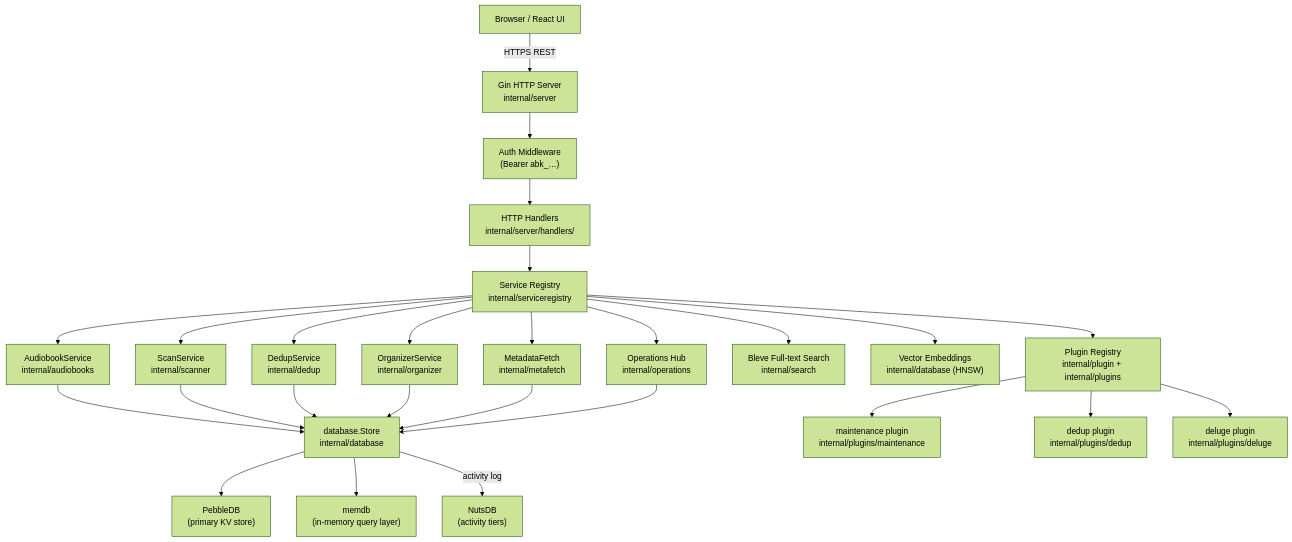
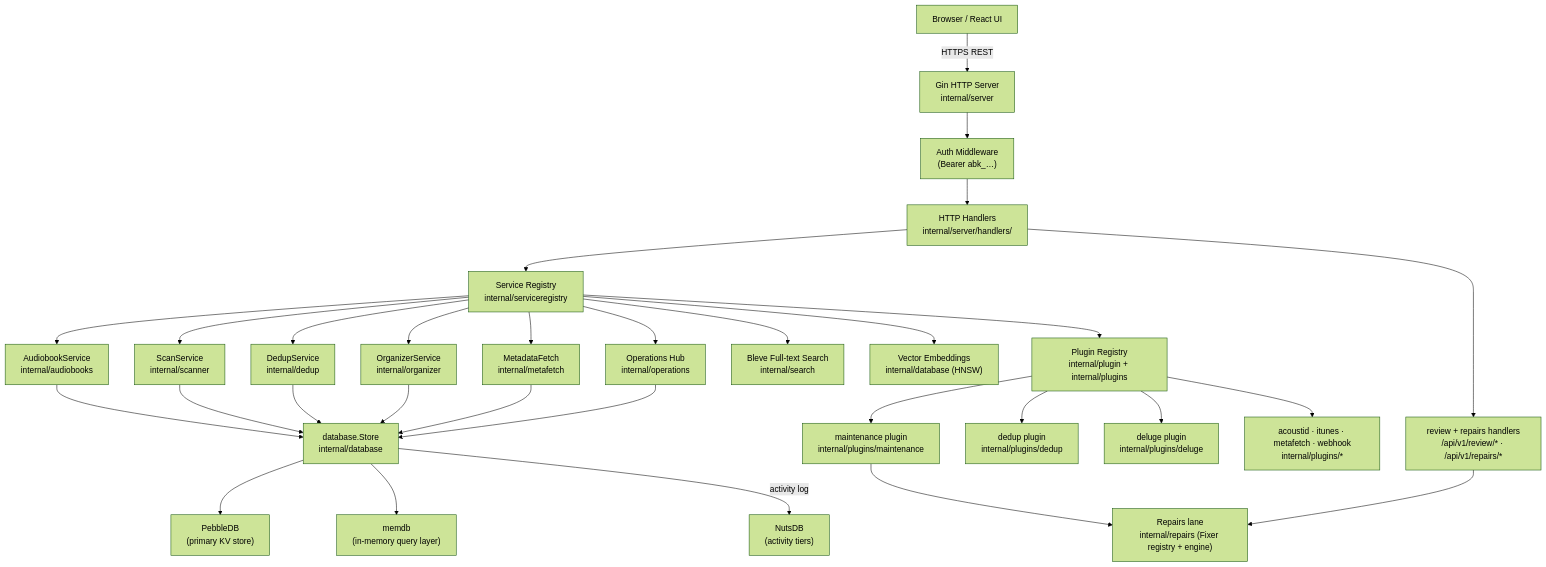
One commit to falkcorp/audiobook-organizer changed the diagram in docs/system/architecture.md. Above: the diagram before and after it, drawn with Mermaid (forest theme). The commit also changed other lines of this file and 5 other files, not shown here.

First line of the commit message:
docs(system): describe Operations v2, the review workspace and the Repairs lane as built

````diff
--- a/docs/system/architecture.md
+++ b/docs/system/architecture.md
@@ -44,28 +44,32 @@
 ```mermaid
 flowchart TD
     Browser["Browser / React UI"] -->|"HTTPS REST"| GinHTTP["Gin HTTP Server\ninternal/server"]
     GinHTTP --> AuthMW["Auth Middleware\n(Bearer abk_…)"]
     AuthMW --> Handlers["HTTP Handlers\ninternal/server/handlers/"]
     Handlers --> SvcReg["Service Registry\ninternal/serviceregistry"]
     SvcReg --> AudiobookSvc["AudiobookService\ninternal/audiobooks"]
     SvcReg --> ScanSvc["ScanService\ninternal/scanner"]
     SvcReg --> DedupSvc["DedupService\ninternal/dedup"]
     SvcReg --> OrgSvc["OrganizerService\ninternal/organizer"]
     SvcReg --> MetaFetch["MetadataFetch\ninternal/metafetch"]
     SvcReg --> OpHub["Operations Hub\ninternal/operations"]
     AudiobookSvc --> Store["database.Store\ninternal/database"]
     ScanSvc --> Store
     DedupSvc --> Store
     OrgSvc --> Store
     MetaFetch --> Store
     OpHub --> Store
     Store --> Pebble["PebbleDB\n(primary KV store)"]
     Store --> MemDB["memdb\n(in-memory query layer)"]
     Store -->|"activity log"| NutsDB["NutsDB\n(activity tiers)"]
     SvcReg --> Search["Bleve Full-text Search\ninternal/search"]
     SvcReg --> Embeddings["Vector Embeddings\ninternal/database (HNSW)"]
     SvcReg --> PluginReg["Plugin Registry\ninternal/plugin + internal/plugins"]
     PluginReg --> MaintenancePlug["maintenance plugin\ninternal/plugins/maintenance"]
     PluginReg --> DedupPlug["dedup plugin\ninternal/plugins/dedup"]
-    PluginReg --> DélugePlug["deluge plugin\ninternal/plugins/deluge"]
+    PluginReg --> DelugePlug["deluge plugin\ninternal/plugins/deluge"]
+    PluginReg --> OtherPlugs["acoustid · itunes · metafetch · webhook\ninternal/plugins/*"]
+    MaintenancePlug --> Repairs["Repairs lane\ninternal/repairs (Fixer registry + engine)"]
+    Handlers --> ReviewH["review + repairs handlers\n/api/v1/review/* · /api/v1/repairs/*"]
+    ReviewH --> Repairs
 ```
````
